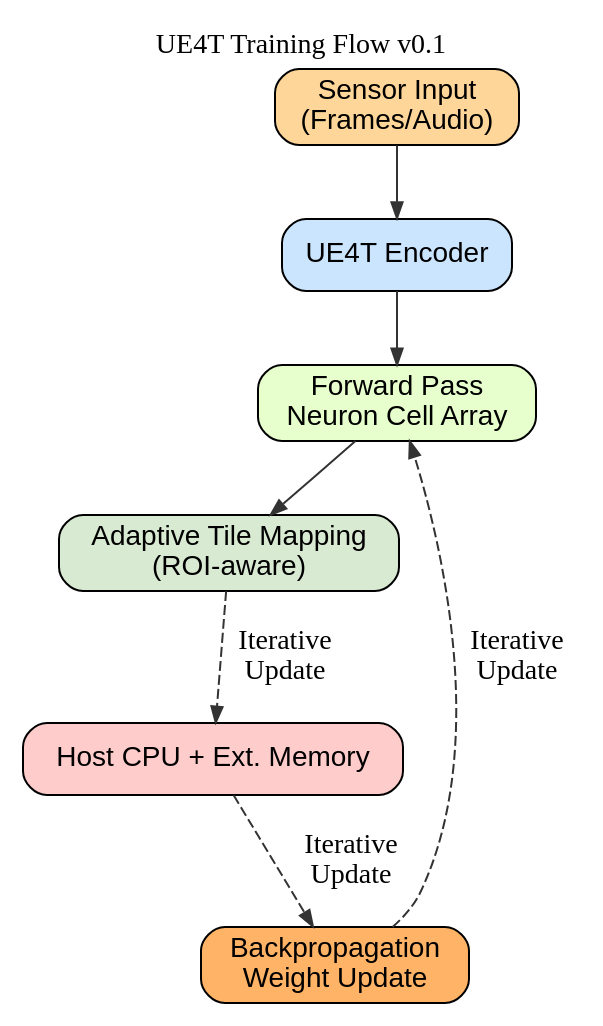
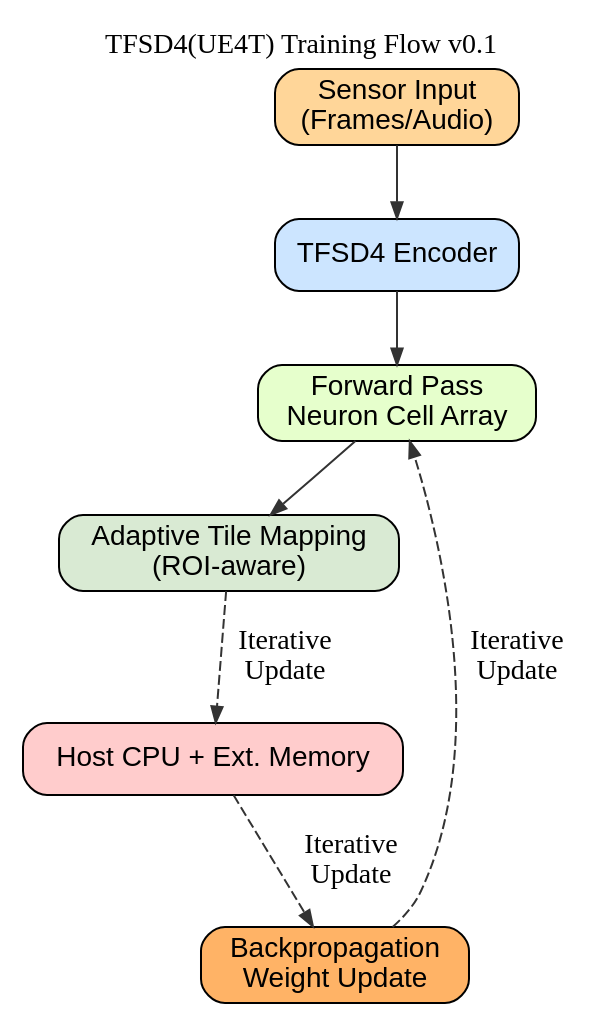
Before and after one commit to trustfarm/TFSDxr-Neuron-Quantization: the diagram in docs/ue4t_nmc/diagrams/nmc_inference_flow.dot, drawn with Graphviz. The commit also changed 24 other files, not shown here.

Commit message:
Updates TFSD4 NeuroMorphic Architecture coding documents.

```diff
--- a/docs/ue4t_nmc/diagrams/nmc_inference_flow.dot
+++ b/docs/ue4t_nmc/diagrams/nmc_inference_flow.dot
@@ -1,18 +1,18 @@
 digraph NMC_TRAIN {
-  label = "UE4T Training Flow v0.1";
+  label = "TFSD4(UE4T) Training Flow v0.1";
   labelloc = "t";
 
   rankdir=TB;
   node [shape=box, style="rounded,filled", fontname="Helvetica"];
   edge [color="#333333", arrowsize=0.8];
 
   sensor [label="Sensor Input\n(Frames/Audio)", fillcolor="#FFD699"];
-  enc [label="UE4T Encoder", fillcolor="#CCE5FF"];
+  enc [label="TFSD4 Encoder", fillcolor="#CCE5FF"];
   forward [label="Forward Pass\nNeuron Cell Array", fillcolor="#E6FFCC"];
   adapt [label="Adaptive Tile Mapping\n(ROI-aware)", fillcolor="#D9EAD3"];
   host [label="Host CPU + Ext. Memory", fillcolor="#FFCCCC"];
   backprop [label="Backpropagation\nWeight Update", fillcolor="#FFB366"];
 
   sensor -> enc -> forward -> adapt;
   adapt -> host -> backprop -> forward [style=dashed, label="Iterative\nUpdate"];
 }
```
